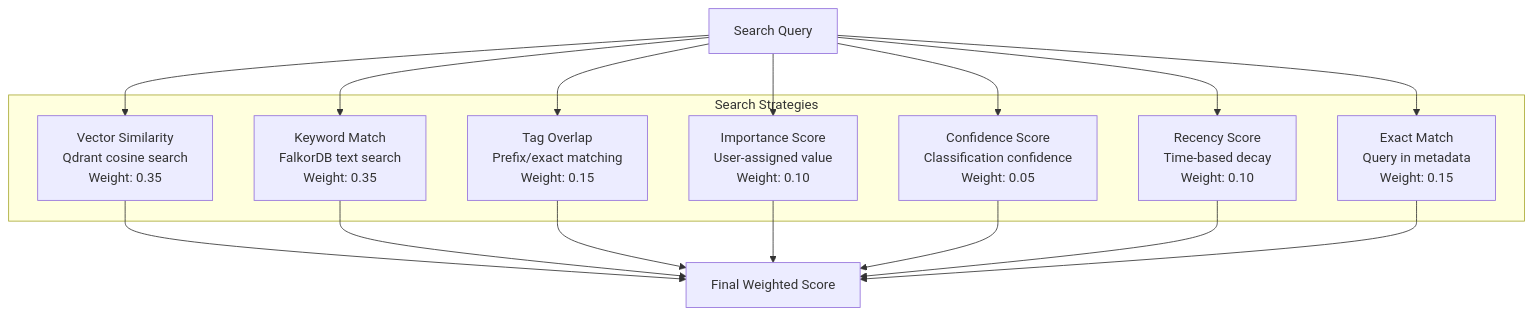
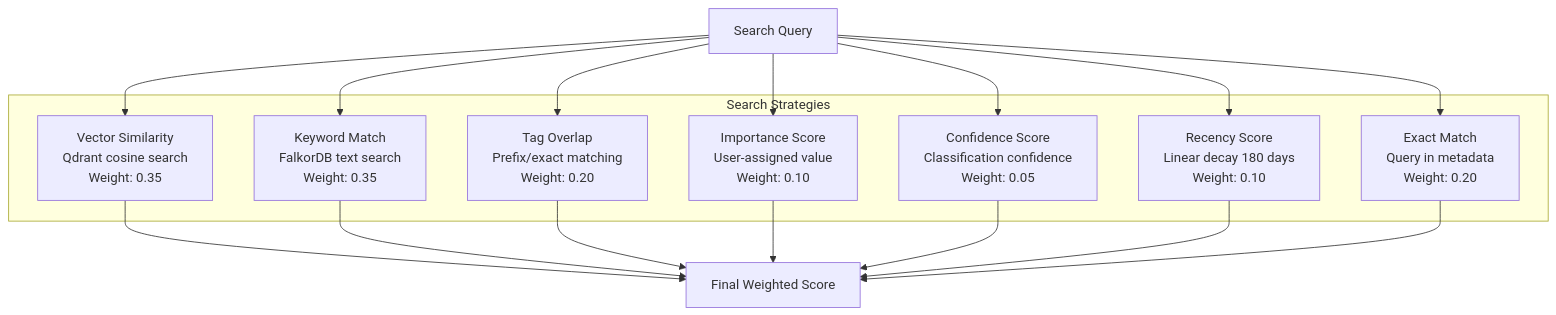
Before and after one commit to verygoodplugins/automem-website: the second of 3 diagrams in src/content/docs/docs/core-concepts/hybrid-search.md, drawn with Mermaid. The commit also changed other lines of this file and 48 other files, not shown here.

````diff
--- a/src/content/docs/docs/core-concepts/hybrid-search.md
+++ b/src/content/docs/docs/core-concepts/hybrid-search.md
@@ -65,32 +65,32 @@
 ```mermaid
 graph TB
     Query["Search Query"]
 
     subgraph "Search Strategies"
         Vector["Vector Similarity<br/>Qdrant cosine search<br/>Weight: 0.35"]
         Keyword["Keyword Match<br/>FalkorDB text search<br/>Weight: 0.35"]
-        Tag["Tag Overlap<br/>Prefix/exact matching<br/>Weight: 0.15"]
+        Tag["Tag Overlap<br/>Prefix/exact matching<br/>Weight: 0.20"]
         Importance["Importance Score<br/>User-assigned value<br/>Weight: 0.10"]
         Confidence["Confidence Score<br/>Classification confidence<br/>Weight: 0.05"]
-        Recency["Recency Score<br/>Time-based decay<br/>Weight: 0.10"]
-        Exact["Exact Match<br/>Query in metadata<br/>Weight: 0.15"]
+        Recency["Recency Score<br/>Linear decay 180 days<br/>Weight: 0.10"]
+        Exact["Exact Match<br/>Query in metadata<br/>Weight: 0.20"]
     end
 
     Result["Final Weighted Score"]
 
     Query --> Vector
     Query --> Keyword
     Query --> Tag
     Query --> Importance
     Query --> Confidence
     Query --> Recency
     Query --> Exact
 
     Vector --> Result
     Keyword --> Result
     Tag --> Result
     Importance --> Result
     Confidence --> Result
     Recency --> Result
     Exact --> Result
 ```
````
